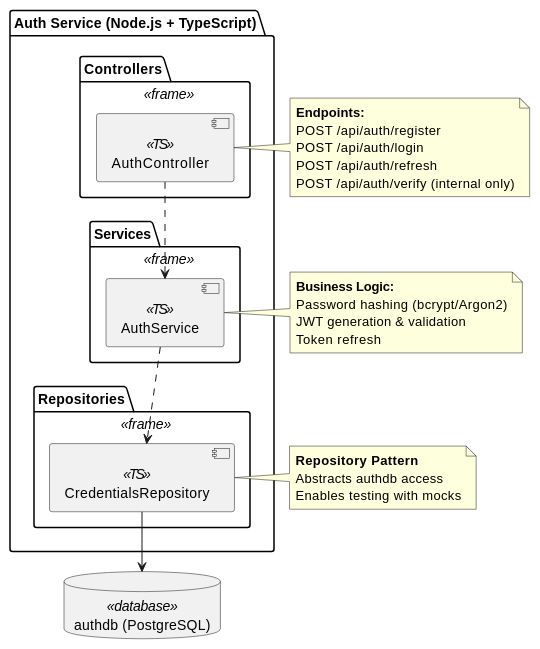
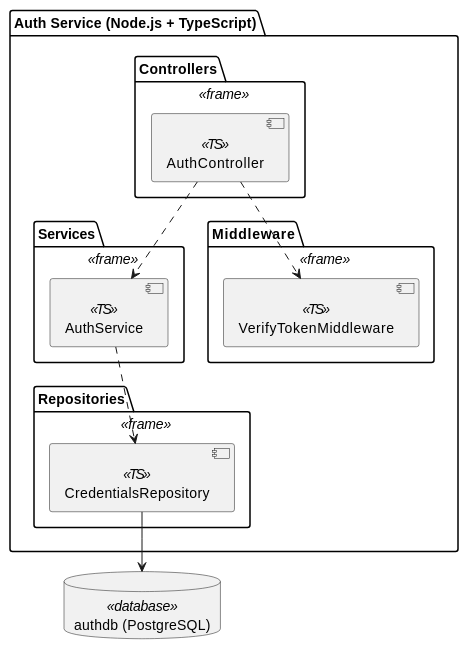
Before and after one commit to Arquisoft/yovi_es1c: the second of 5 diagrams in docs/src/05_building_block_view.adoc, drawn with PlantUML. The commit also changed other lines of this file and 10 other files, not shown here.

```diff
--- a/docs/src/05_building_block_view.adoc
+++ b/docs/src/05_building_block_view.adoc
@@ -229,47 +165,31 @@
 [plantuml, level2-auth, png]
 ----
 @startuml
 package "Auth Service (Node.js + TypeScript)" {
 
   package "Controllers" <<frame>> {
     component [AuthController] <<TS>>
   }
 
   package "Services" <<frame>> {
     component [AuthService] <<TS>>
   }
 
   package "Repositories" <<frame>> {
     component [CredentialsRepository] <<TS>>
   }
+
+  package "Middleware" <<frame>> {
+    component [VerifyTokenMiddleware] <<TS>>
+  }
 }
 
 database "authdb (PostgreSQL)" as authdb <<database>>
 
 [AuthController] ..> [AuthService]
+[AuthController] ..> [VerifyTokenMiddleware]
 [AuthService] ..> [CredentialsRepository]
 [CredentialsRepository] --> authdb
 
-note right of [AuthController]
-  **Endpoints:**
-  POST /api/auth/register
-  POST /api/auth/login
-  POST /api/auth/refresh
-  POST /api/auth/verify (internal only)
-end note
-
-note right of [AuthService]
-  **Business Logic:**
-  Password hashing (bcrypt/Argon2)
-  JWT generation & validation
-  Token refresh
-end note
-
-note right of [CredentialsRepository]
-  **Repository Pattern**
-  Abstracts authdb access
-  Enables testing with mocks
-end note
-
 @enduml
 ----
```
